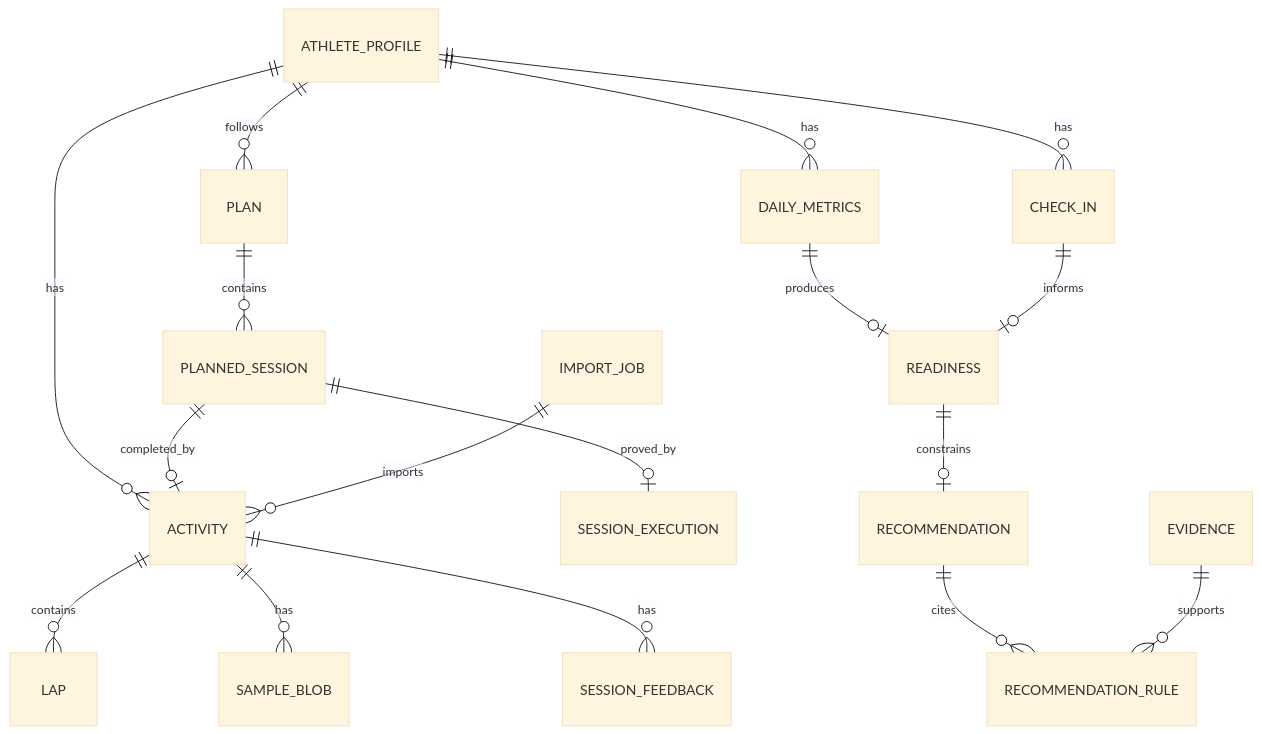
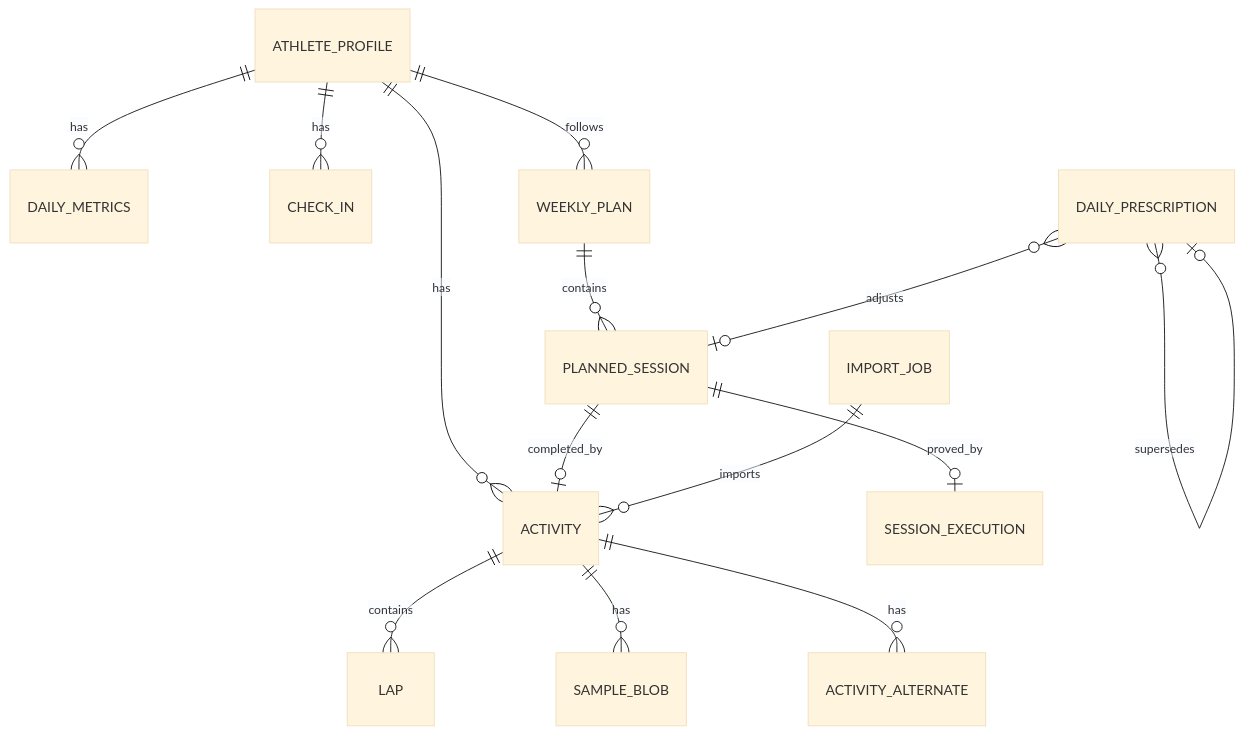
Before and after one commit to rafaelclima/meucoach: the diagram in docs/DATA_MODEL.md, drawn with Mermaid (base theme). The commit also changed other lines of this file and 11 other files, not shown here.

First line of the commit message:
docs: reconcile documentation with schema v12 and evidence rules (C1-06)

````diff
--- a/docs/DATA_MODEL.md
+++ b/docs/DATA_MODEL.md
@@ -18,19 +19,16 @@
 ```mermaid
 erDiagram
     ATHLETE_PROFILE ||--o{ ACTIVITY : has
     ATHLETE_PROFILE ||--o{ DAILY_METRICS : has
     ATHLETE_PROFILE ||--o{ CHECK_IN : has
-    ATHLETE_PROFILE ||--o{ PLAN : follows
+    ATHLETE_PROFILE ||--o{ WEEKLY_PLAN : follows
     ACTIVITY ||--o{ LAP : contains
     ACTIVITY ||--o{ SAMPLE_BLOB : has
-    ACTIVITY ||--o{ SESSION_FEEDBACK : has
-    PLAN ||--o{ PLANNED_SESSION : contains
+    ACTIVITY ||--o{ ACTIVITY_ALTERNATE : has
+    WEEKLY_PLAN ||--o{ PLANNED_SESSION : contains
     PLANNED_SESSION ||--o| ACTIVITY : completed_by
     PLANNED_SESSION ||--o| SESSION_EXECUTION : proved_by
-    DAILY_METRICS ||--o| READINESS : produces
-    CHECK_IN ||--o| READINESS : informs
-    READINESS ||--o| RECOMMENDATION : constrains
-    RECOMMENDATION ||--o{ RECOMMENDATION_RULE : cites
-    EVIDENCE ||--o{ RECOMMENDATION_RULE : supports
+    DAILY_PRESCRIPTION }o--o| PLANNED_SESSION : adjusts
+    DAILY_PRESCRIPTION }o--o| DAILY_PRESCRIPTION : supersedes
     IMPORT_JOB ||--o{ ACTIVITY : imports
 ```
````
